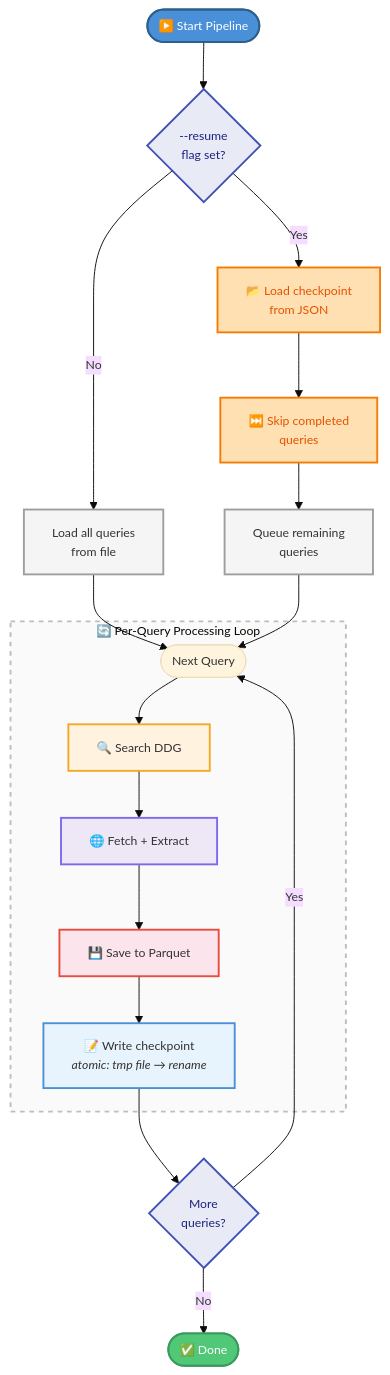
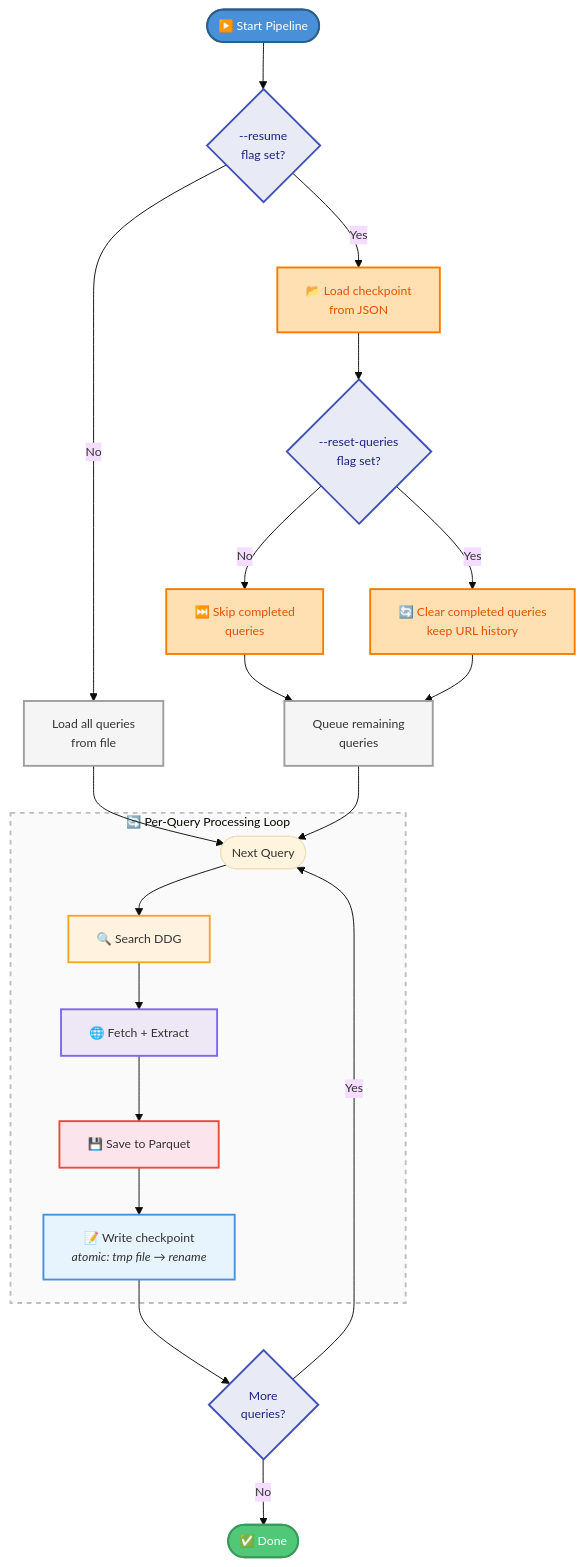
Before and after one commit to HydrAI/financial_webscrap: the fifth of 6 diagrams in docs/architecture.md, drawn with Mermaid. The commit also changed 6 other files, not shown here.

````diff
--- a/docs/architecture.md
+++ b/docs/architecture.md
@@ -183,35 +183,38 @@
 ```mermaid
 %%{init: {'theme': 'base', 'themeVariables': {'fontSize': '13px'}}}%%
 flowchart TD
     START([" ▶️ Start Pipeline "]):::blue --> CHECK{"--resume\nflag set?"}:::decision
 
     CHECK -->|"No"| FRESH["Load all queries\nfrom file"]:::grey
     CHECK -->|"Yes"| LOAD["📂 Load checkpoint\nfrom JSON"]:::orange
-    LOAD --> SKIP["⏭️ Skip completed\nqueries"]:::orange
+    LOAD --> RESET{"--reset-queries\nflag set?"}:::decision
+    RESET -->|"No"| SKIP["⏭️ Skip completed\nqueries"]:::orange
+    RESET -->|"Yes"| CLEAR["🔄 Clear completed queries\nkeep URL history"]:::orange
     SKIP --> PROC["Queue remaining\nqueries"]:::grey
+    CLEAR --> PROC
     FRESH --> LOOP
     PROC --> LOOP
 
     subgraph loop_box["&nbsp; 🔄 Per-Query Processing Loop &nbsp;"]
         LOOP(["Next Query"]) --> SEARCH["🔍 Search DDG"]:::search
         SEARCH --> FETCH["🌐 Fetch + Extract"]:::fetch
         FETCH --> SAVE["💾 Save to Parquet"]:::store
         SAVE --> CP["📝 Write checkpoint\n<i>atomic: tmp file → rename</i>"]:::checkpoint
     end
 
     CP --> DONE{"More\nqueries?"}:::decision
     DONE -->|"Yes"| LOOP
     DONE -->|"No"| FIN([" ✅ Done "]):::green
 
     classDef blue fill:#4a90d9,stroke:#2c5f8a,color:#fff,stroke-width:2px
     classDef green fill:#50c878,stroke:#3a9a5c,color:#fff,stroke-width:2px
     classDef orange fill:#ffe0b2,stroke:#f57c00,color:#e65100,stroke-width:2px
     classDef grey fill:#f5f5f5,stroke:#9e9e9e,stroke-width:2px
     classDef decision fill:#e8eaf6,stroke:#3f51b5,color:#1a237e,stroke-width:2px
     classDef search fill:#fff3e0,stroke:#f5a623,stroke-width:2px
     classDef fetch fill:#ede7f6,stroke:#7b68ee,stroke-width:2px
     classDef store fill:#fce4ec,stroke:#e74c3c,stroke-width:2px
     classDef checkpoint fill:#e8f4fd,stroke:#4a90d9,stroke-width:2px
 
     style loop_box fill:#fafafa,stroke:#bdbdbd,stroke-width:2px,stroke-dasharray: 5 5
 ```
````
